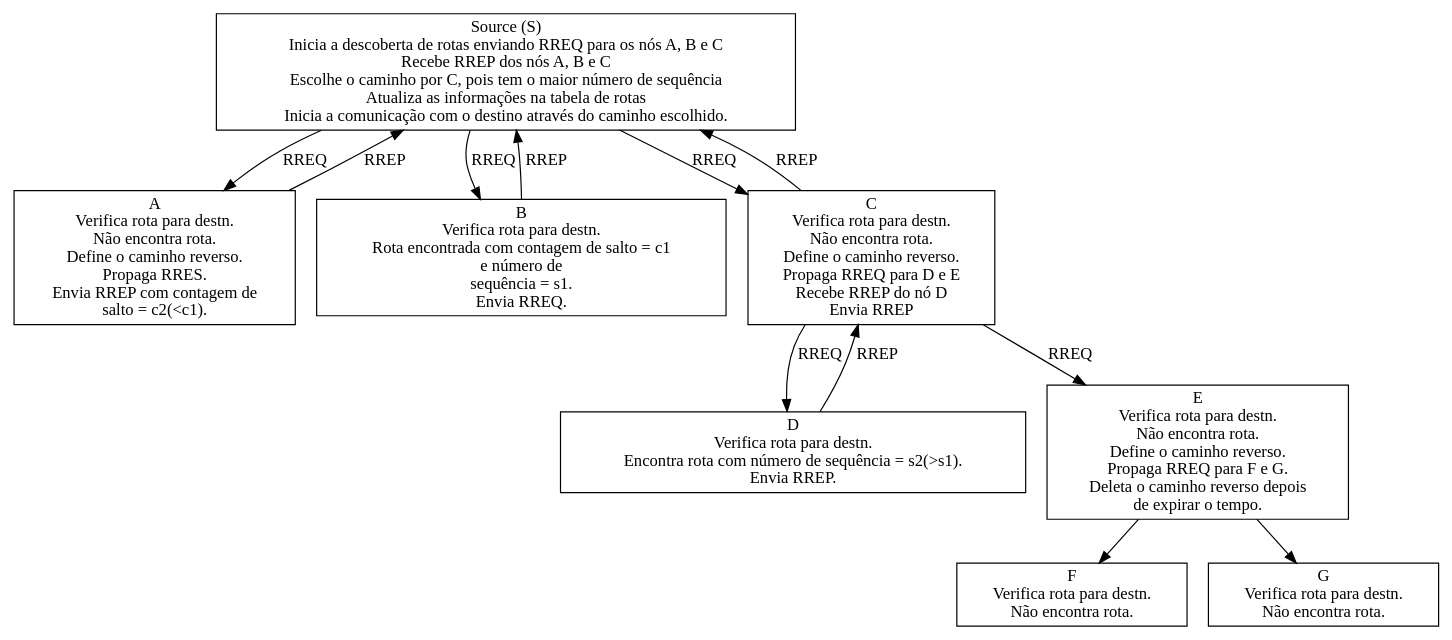
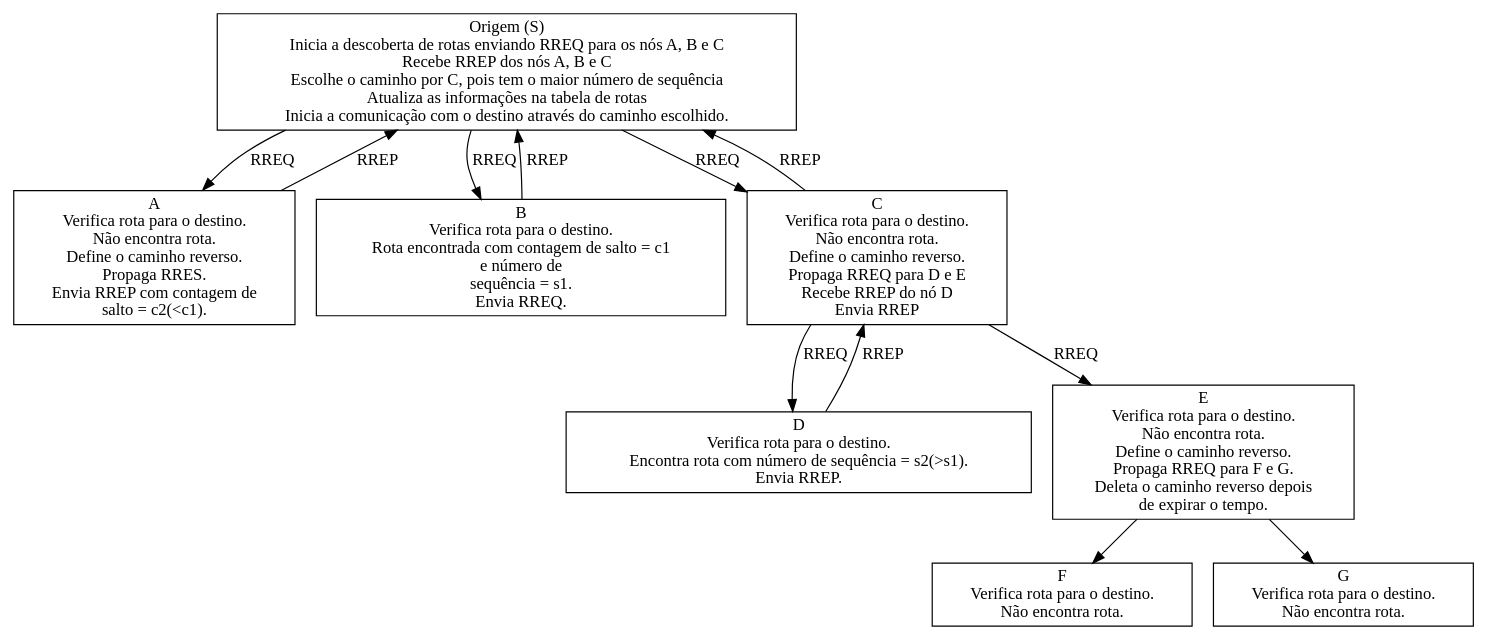
Before and after one commit to fabiosammy/TCC_NS2: the diagram in doc/TCC/images-source/aodvOperation.dot, drawn with Graphviz. The commit also changed 70 other files, not shown here.

```diff
--- a/doc/TCC/images-source/aodvOperation.dot
+++ b/doc/TCC/images-source/aodvOperation.dot
@@ -1,32 +1,32 @@
 digraph aodvOperation {
 
 	node[shape=box]
 	edge[len=5]
 	
-	S[label="Source (S) \nInicia a descoberta de rotas enviando RREQ para os nós A, B e C \nRecebe RREP dos nós A, B e C \nEscolhe o caminho por C, pois tem o maior número de sequência \nAtualiza as informações na tabela de rotas \nInicia a comunicação com o destino através do caminho escolhido."]
-	A[label="A \nVerifica rota para destn. \nNão encontra rota. \nDefine o caminho reverso. \nPropaga RRES. \nEnvia RREP com contagem de \nsalto = c2(<c1)."]
-	B[label="B \nVerifica rota para destn. \nRota encontrada com contagem de salto = c1 \ne número de \nsequência = s1. \nEnvia RREQ."]
-	C[label="C \nVerifica rota para destn. \nNão encontra rota. \nDefine o caminho reverso. \nPropaga RREQ para D e E \nRecebe RREP do nó D \nEnvia RREP"]
-	D[label="D \nVerifica rota para destn. \nEncontra rota com número de sequência = s2(>s1). \nEnvia RREP."]
-	E[label="E \nVerifica rota para destn. \nNão encontra rota. \nDefine o caminho reverso. \nPropaga RREQ para F e G. \nDeleta o caminho reverso depois \nde expirar o tempo. "]
-	F[label="F \nVerifica rota para destn. \nNão encontra rota."]
-	G[label="G \nVerifica rota para destn. \nNão encontra rota."]
+	S[label="Origem (S) \nInicia a descoberta de rotas enviando RREQ para os nós A, B e C \nRecebe RREP dos nós A, B e C \nEscolhe o caminho por C, pois tem o maior número de sequência \nAtualiza as informações na tabela de rotas \nInicia a comunicação com o destino através do caminho escolhido."]
+	A[label="A \nVerifica rota para o destino. \nNão encontra rota. \nDefine o caminho reverso. \nPropaga RRES. \nEnvia RREP com contagem de \nsalto = c2(<c1)."]
+	B[label="B \nVerifica rota para o destino. \nRota encontrada com contagem de salto = c1 \ne número de \nsequência = s1. \nEnvia RREQ."]
+	C[label="C \nVerifica rota para o destino. \nNão encontra rota. \nDefine o caminho reverso. \nPropaga RREQ para D e E \nRecebe RREP do nó D \nEnvia RREP"]
+	D[label="D \nVerifica rota para o destino. \nEncontra rota com número de sequência = s2(>s1). \nEnvia RREP."]
+	E[label="E \nVerifica rota para o destino. \nNão encontra rota. \nDefine o caminho reverso. \nPropaga RREQ para F e G. \nDeleta o caminho reverso depois \nde expirar o tempo. "]
+	F[label="F \nVerifica rota para o destino. \nNão encontra rota."]
+	G[label="G \nVerifica rota para o destino. \nNão encontra rota."]
 
 	S -> A[label="RREQ"]
 	A -> S[label="RREP"]
 
 	S -> B[label="RREQ"]
 	B -> S[label="RREP"]
 
 	S -> C[label="RREQ"]
 	C -> S[label="RREP"]
 
 	C -> D[label="RREQ"]
 	D -> C[label="RREP"]
 
 	C -> E[label="RREQ"]
 
 	E -> F
 	E -> G
 
 }
```
